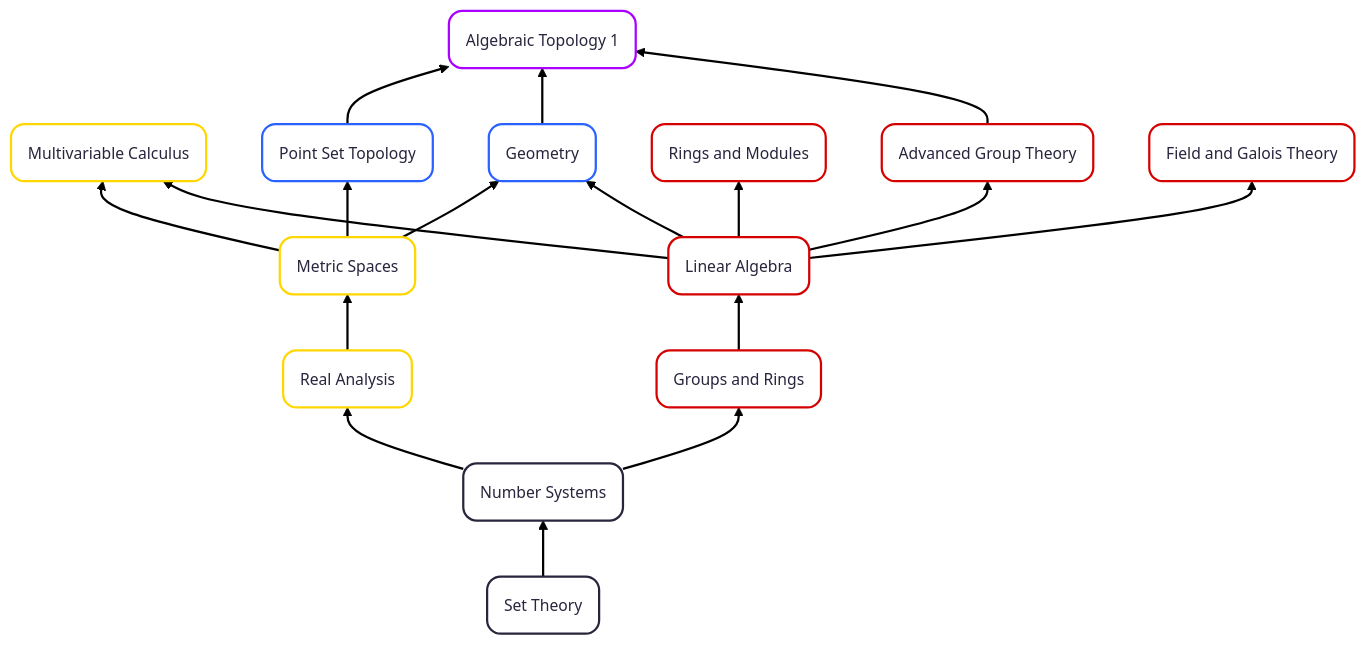
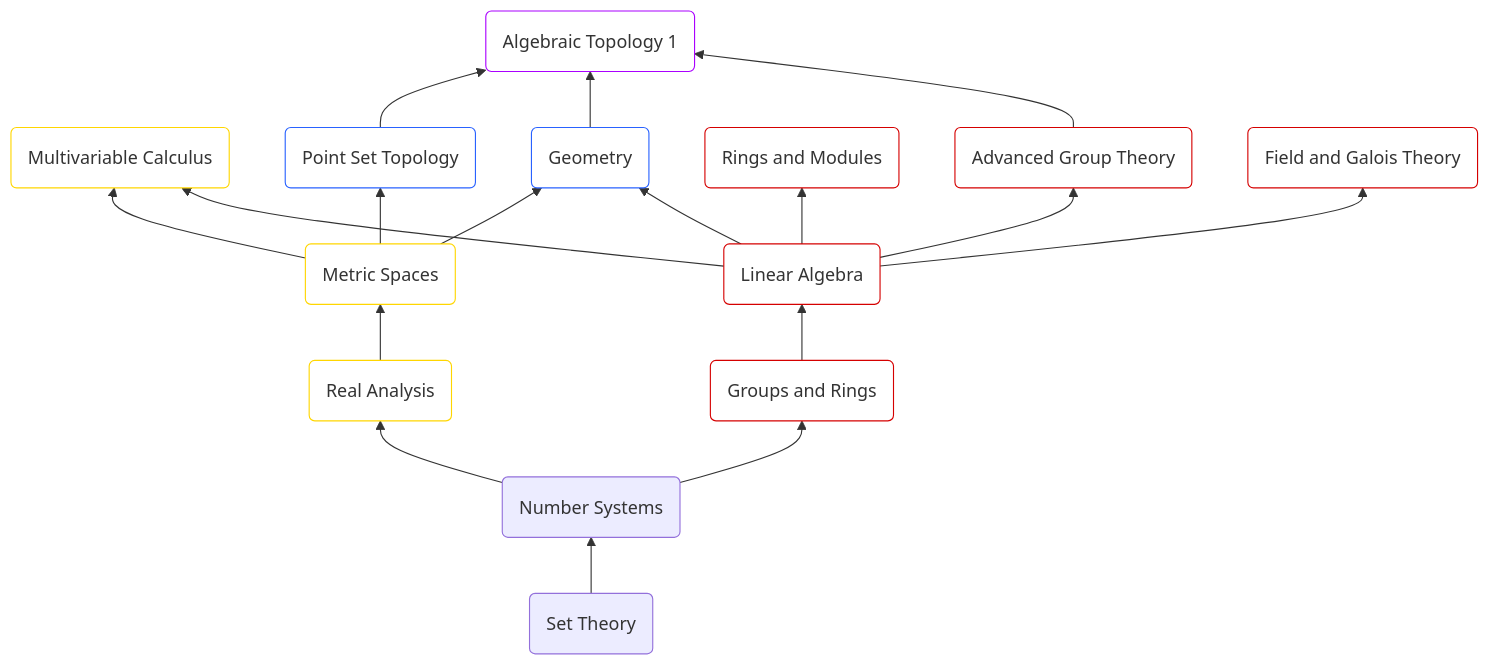
The diagram in README.md (Labix-Liu/Notes), drawn with Mermaid before and after one commit.

````diff
--- a/README.md
+++ b/README.md
@@ -1,36 +1,31 @@
 ```mermaid
----
-config:
-  theme: redux
----
 flowchart BT
     A("Set Theory") --> B("Number Systems")
     B --> C("Real Analysis") & D("Groups and Rings")
     C --> E("Metric Spaces")
     D --> F("Linear Algebra")
     E --> G("Multivariable Calculus") & H("Point Set Topology") & I("Geometry")
     F --> G & I & J("Rings and Modules") & K("Advanced Group Theory") & L("Field and Galois Theory")
     H --> M("Algebraic Topology 1")
     I --> M
     K --> M
      C:::Analysis
      D:::Algebra
      E:::Analysis
      F:::Algebra
      G:::Analysis
      H:::Class_01
      H:::TopologyGeometry
      H:::TopGeo
      I:::Class_01
      I:::TopologyGeometry
      I:::TopGeo
      J:::Algebra
      K:::Algebra
      L:::Algebra
      M:::AlgTopGeo
-    classDef Algebra stroke:#D50000
-    classDef AlgTopGeo stroke:#AA00FF
-    classDef TopGeo stroke:#2962FF
-    classDef Analysis stroke:#FFD600
-
+    classDef AlgTopGeo stroke:#AA00FF, fill:#FFFFFF
+    classDef TopGeo stroke:#2962FF, fill:#FFFFFF
+    classDef Analysis stroke:#FFD600, fill:#FFFFFF
+    classDef Algebra stroke:#D50000, fill:#FFFFFF
 ```
````
